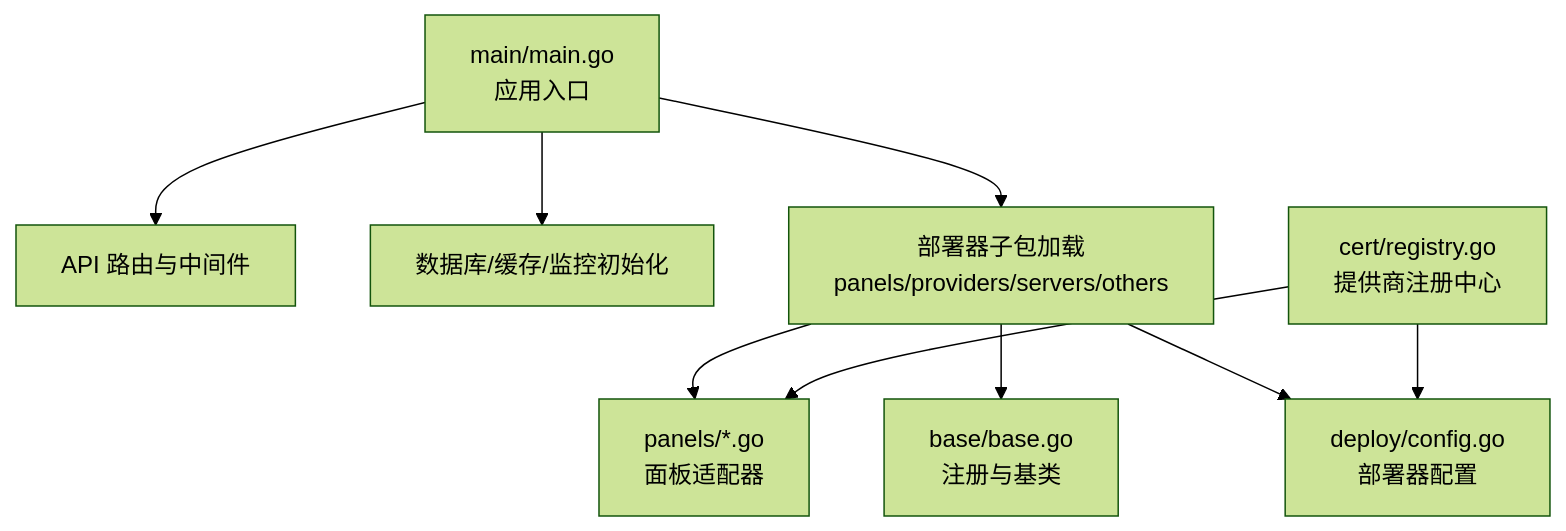
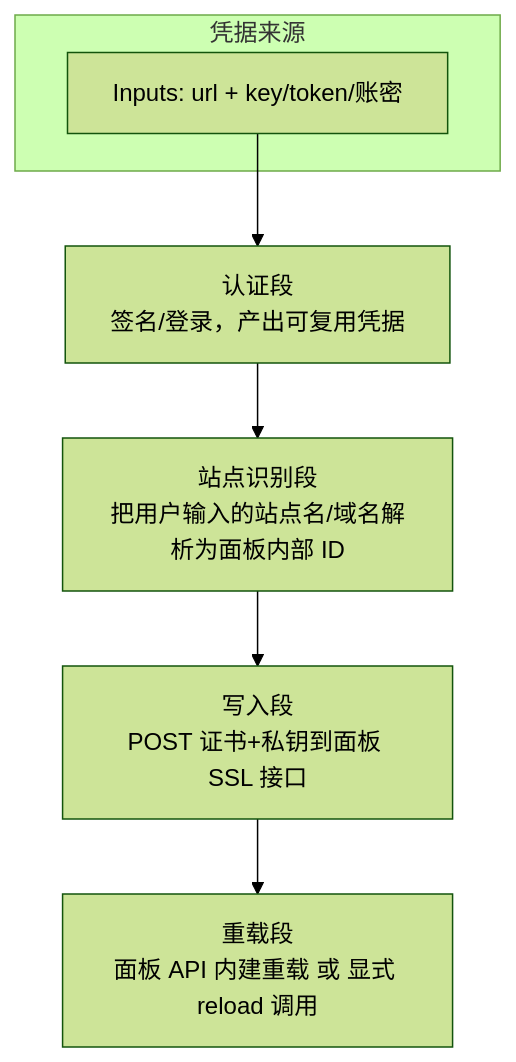
One commit to x01n/dnsplane changed the first of 3 diagrams in docs/扩展开发/面板集成扩展.md. Above: the diagram before and after it, drawn with Mermaid (forest theme). The commit also changed other lines of this file and 326 other files, not shown here.

````diff
--- a/docs/扩展开发/面板集成扩展.md
+++ b/docs/扩展开发/面板集成扩展.md
@@ -45,11 +133,12 @@
 ```mermaid
 graph TB
-A["main/main.go<br/>应用入口"] --> B["API 路由与中间件"]
-A --> C["数据库/缓存/监控初始化"]
-A --> D["部署器子包加载<br/>panels/providers/servers/others"]
-D --> E["panels/*.go<br/>面板适配器"]
-D --> F["base/base.go<br/>注册与基类"]
-D --> G["deploy/config.go<br/>部署器配置"]
-H["cert/registry.go<br/>提供商注册中心"] --> E
-H --> G
+AUTH["认证段<br/>签名/登录，产出可复用凭据"]
+IDENT["站点识别段<br/>把用户输入的站点名/域名解析为面板内部 ID"]
+WRITE["写入段<br/>POST 证书+私钥到面板 SSL 接口"]
+RELOAD["重载段<br/>面板 API 内建重载 或 显式 reload 调用"]
+AUTH --> IDENT --> WRITE --> RELOAD
+subgraph "凭据来源"
+AK["Inputs: url + key/token/账密"]
+end
+AK --> AUTH
 ```
````
